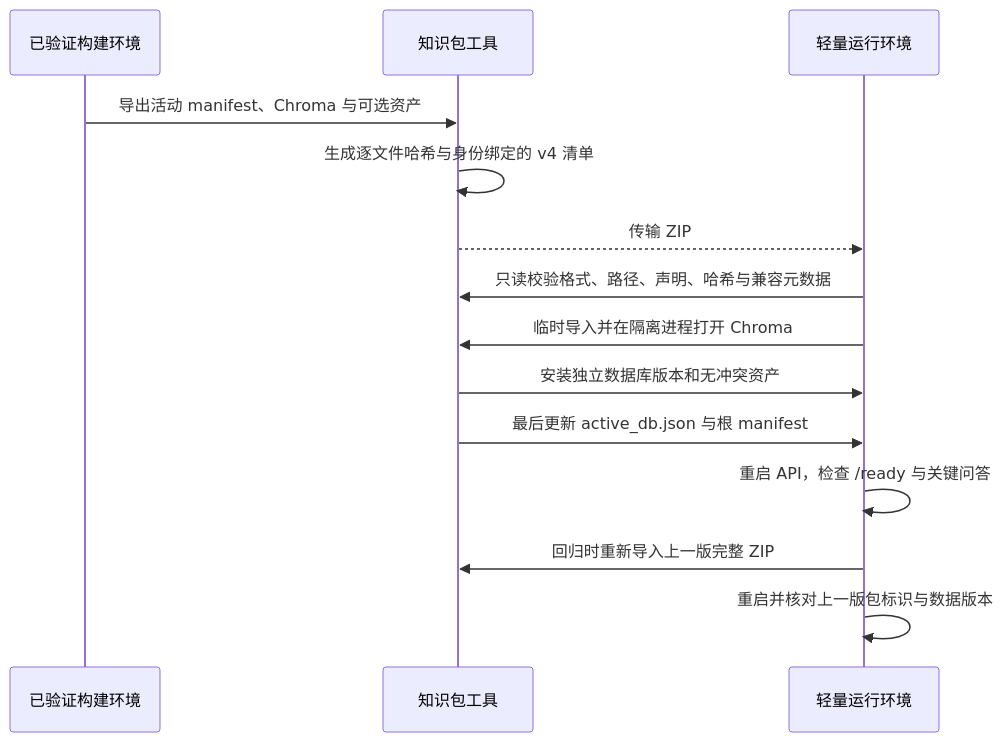
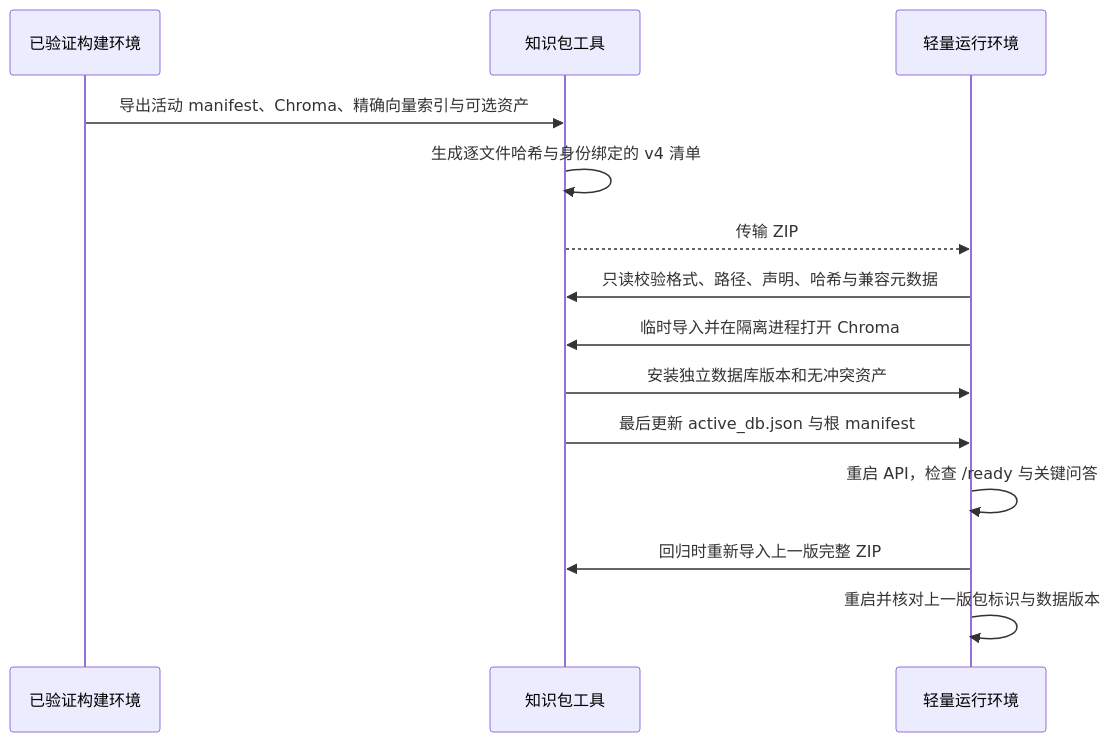
Before and after one commit to xiaochongshanww/Portfolio: the sixth of 8 diagrams in 结构设计规范知识库/docs/architecture/系统详细设计.md, drawn with Mermaid. The commit also changed other lines of this file and 18 other files, not shown here.

````diff
--- a/结构设计规范知识库/docs/architecture/系统详细设计.md
+++ b/结构设计规范知识库/docs/architecture/系统详细设计.md
@@ -224,16 +225,16 @@
 ```mermaid
 sequenceDiagram
     participant B as 已验证构建环境
     participant P as 知识包工具
     participant R as 轻量运行环境
-    B->>P: 导出活动 manifest、Chroma 与可选资产
+    B->>P: 导出活动 manifest、Chroma、精确向量索引与可选资产
     P->>P: 生成逐文件哈希与身份绑定的 v4 清单
     P-->>R: 传输 ZIP
     R->>P: 只读校验格式、路径、声明、哈希与兼容元数据
     R->>P: 临时导入并在隔离进程打开 Chroma
     P->>R: 安装独立数据库版本和无冲突资产
     P->>R: 最后更新 active_db.json 与根 manifest
     R->>R: 重启 API，检查 /ready 与关键问答
     R->>P: 回归时重新导入上一版完整 ZIP
     R->>R: 重启并核对上一版包标识与数据版本
 ```
````
